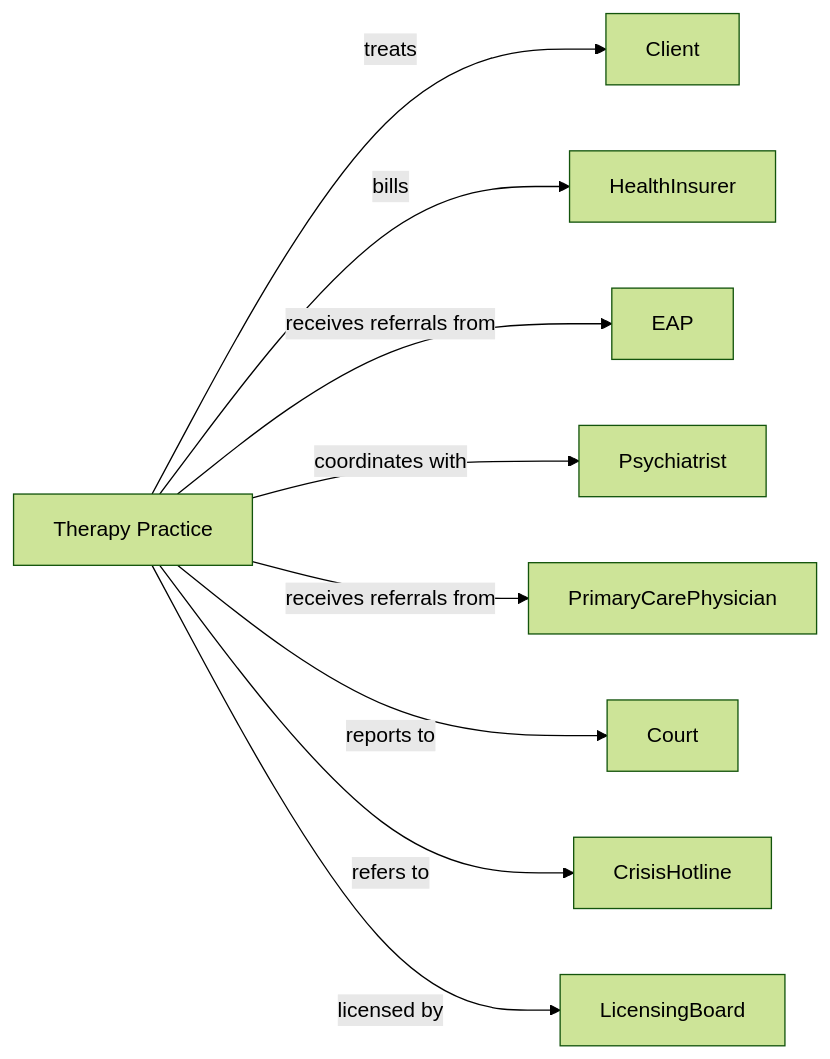
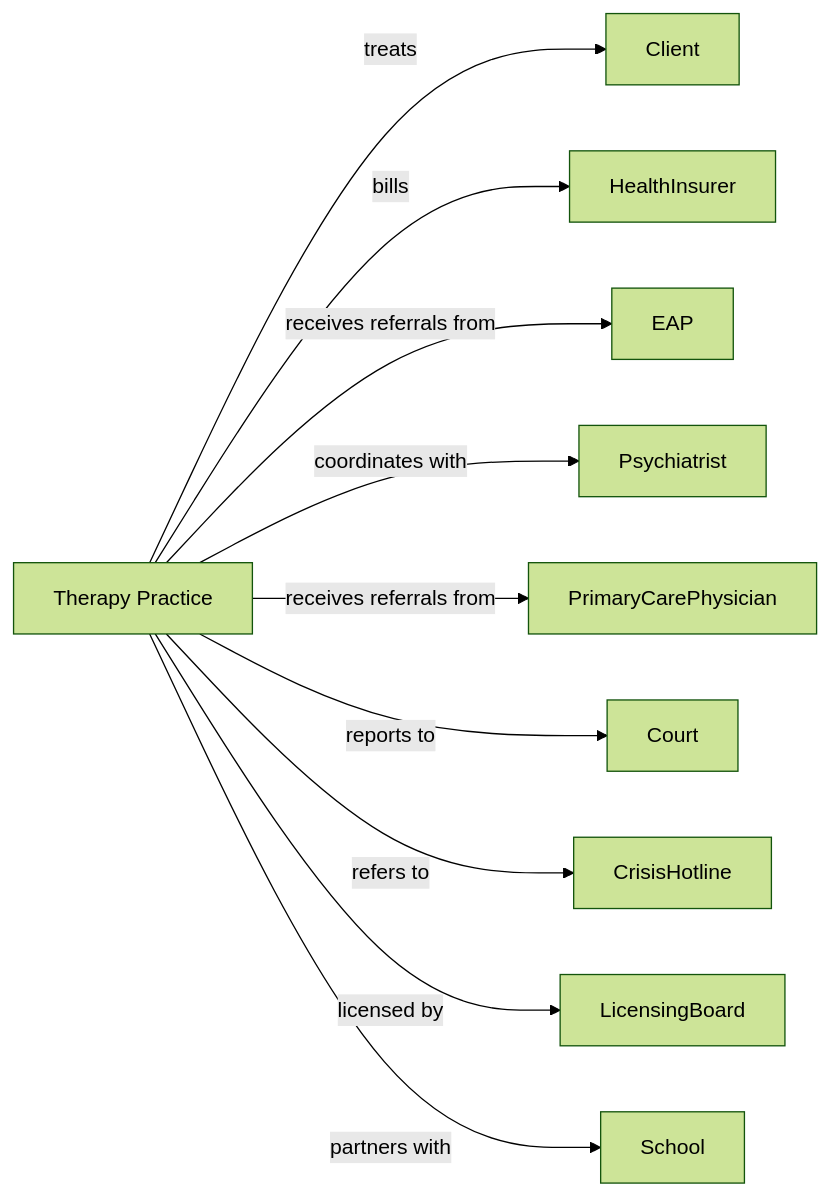
Before and after one commit to dot-org-ai/industries.org.ai: the second of 2 diagrams in HealthCare/AmbulatoryHealthCareServices/OfficesOfOtherHealthPractitioners/OfficesOfMentalHealthPractitionersExceptPhysicians.mdx, drawn with Mermaid (forest theme). The commit also changed 588 other files, not shown here.

````diff
--- a/HealthCare/AmbulatoryHealthCareServices/OfficesOfOtherHealthPractitioners/OfficesOfMentalHealthPractitionersExceptPhysicians.mdx
+++ b/HealthCare/AmbulatoryHealthCareServices/OfficesOfOtherHealthPractitioners/OfficesOfMentalHealthPractitionersExceptPhysicians.mdx
@@ -140,13 +140,14 @@
 ```mermaid
 graph LR
     T[Therapy Practice]
 
     T -->|treats| Client
     T -->|bills| HealthInsurer
     T -->|receives referrals from| EAP
     T -->|coordinates with| Psychiatrist
     T -->|receives referrals from| PrimaryCarePhysician
     T -->|reports to| Court
     T -->|refers to| CrisisHotline
     T -->|licensed by| LicensingBoard
+    T -->|partners with| School
 ```
````
